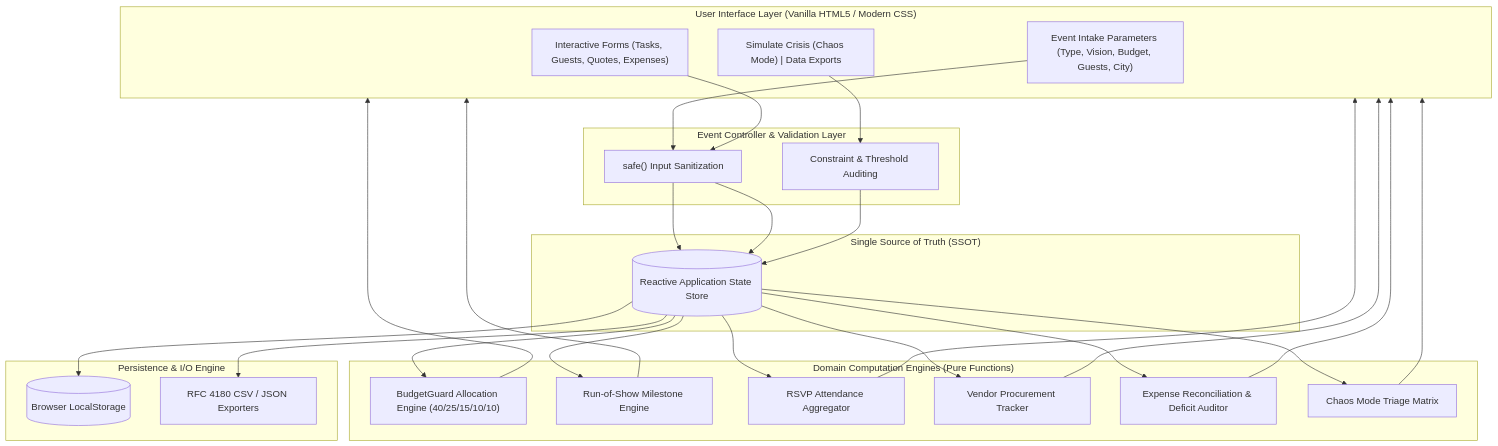
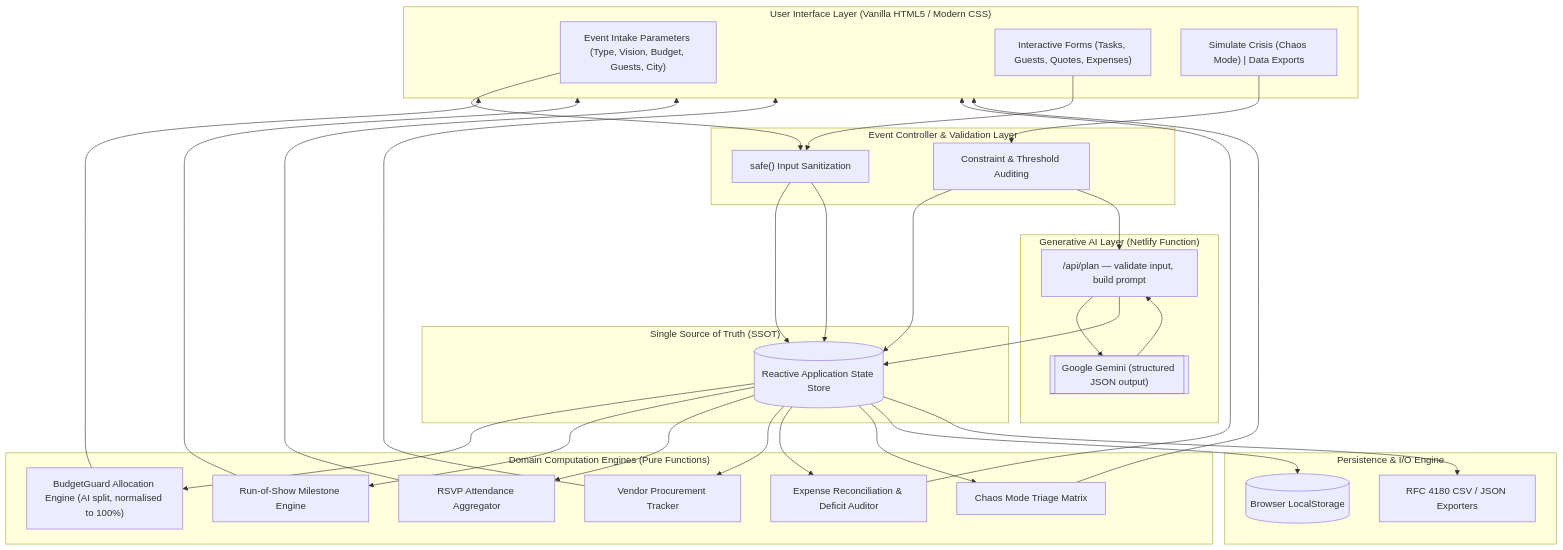
The diagram in README.md (Anu5156/EventVerse_AI_V4), drawn with Mermaid before and after one commit. The commit also changed other lines of this file and 3 other files, not shown here.

Commit message:
Add Gemini AI generation via Netlify function

````diff
--- a/README.md
+++ b/README.md
@@ -285,45 +305,51 @@
 ```mermaid
 flowchart TD
     subgraph UI ["User Interface Layer (Vanilla HTML5 / Modern CSS)"]
         Inputs["Event Intake Parameters (Type, Vision, Budget, Guests, City)"]
         Forms["Interactive Forms (Tasks, Guests, Quotes, Expenses)"]
         Actions["Simulate Crisis (Chaos Mode) | Data Exports"]
     end
 
     subgraph Controller ["Event Controller & Validation Layer"]
         Sanitizer["safe() Input Sanitization"]
         Validator["Constraint & Threshold Auditing"]
     end
 
     subgraph StateMachine ["Single Source of Truth (SSOT)"]
         CentralState[("Reactive Application State Store")]
     end
 
     subgraph Engines ["Domain Computation Engines (Pure Functions)"]
-        BudgetGuard["BudgetGuard Allocation Engine (40/25/15/10/10)"]
+        BudgetGuard["BudgetGuard Allocation Engine (AI split, normalised to 100%)"]
         RunOfShow["Run-of-Show Milestone Engine"]
         RSVPEngine["RSVP Attendance Aggregator"]
         VendorEngine["Vendor Procurement Tracker"]
         Ledger["Expense Reconciliation & Deficit Auditor"]
         ChaosEngine["Chaos Mode Triage Matrix"]
+    end
+
+    subgraph AI ["Generative AI Layer (Netlify Function)"]
+        PlanFn["/api/plan — validate input, build prompt"]
+        Gemini[["Google Gemini (structured JSON output)"]]
     end
 
     subgraph Persistence ["Persistence & I/O Engine"]
         LocalStorage[("Browser LocalStorage")]
         FileExporter["RFC 4180 CSV / JSON Exporters"]
     end
 
     Inputs --> Sanitizer --> CentralState
     Forms --> Sanitizer --> CentralState
     Actions --> Validator --> CentralState
+    Validator --> PlanFn --> Gemini --> PlanFn --> CentralState
 
     CentralState --> BudgetGuard --> UI
     CentralState --> RunOfShow --> UI
     CentralState --> RSVPEngine --> UI
     CentralState --> VendorEngine --> UI
     CentralState --> Ledger --> UI
     CentralState --> ChaosEngine --> UI
 
     CentralState --> LocalStorage
     CentralState --> FileExporter
 ```
````
